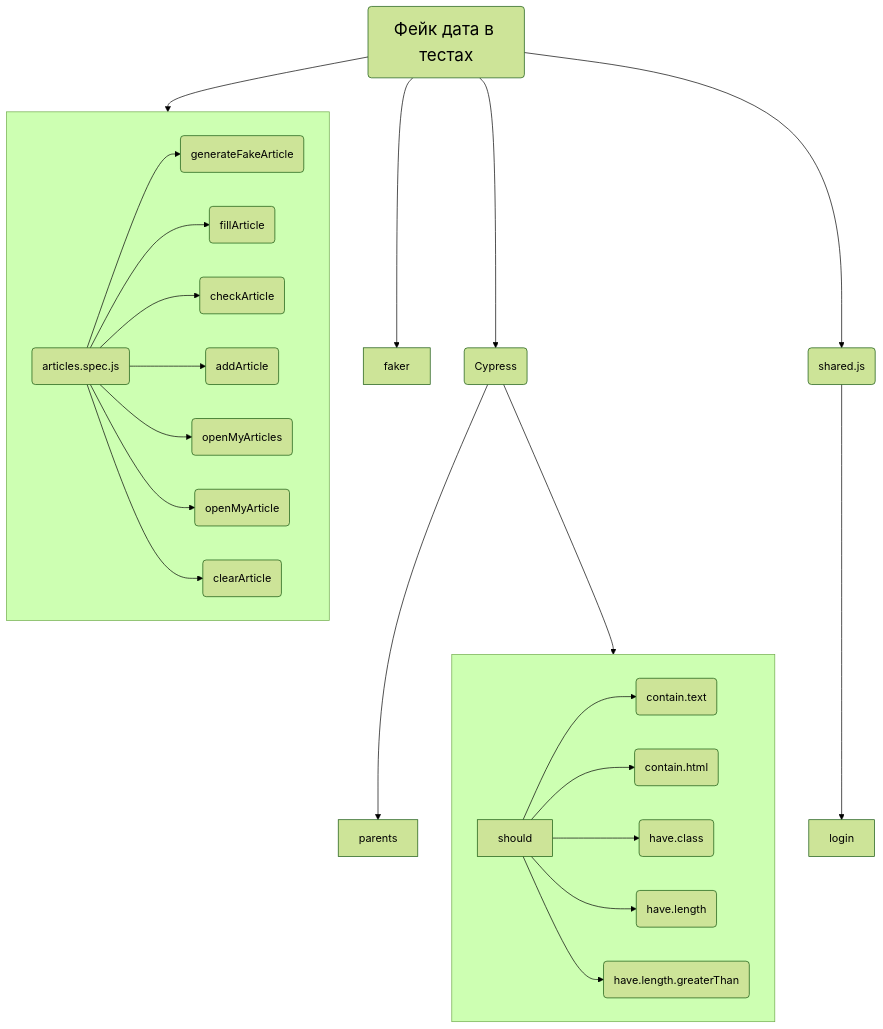
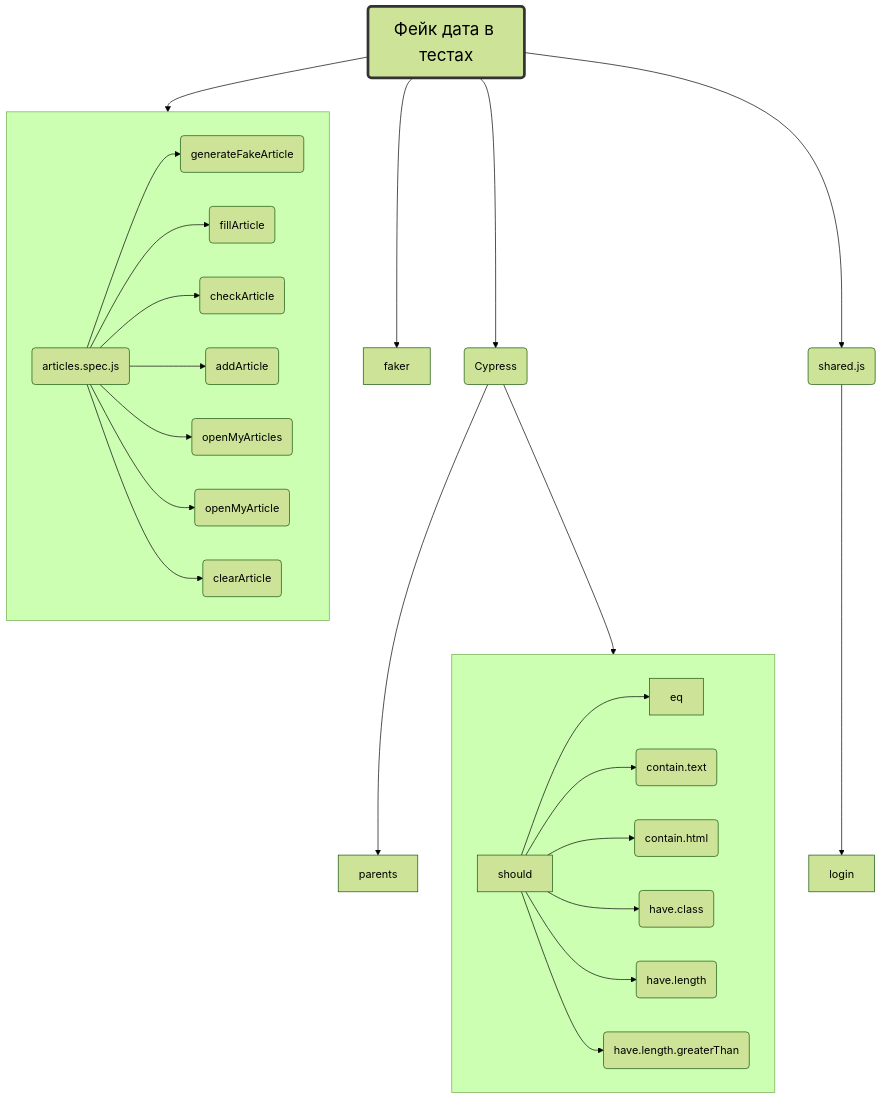
One commit to open-tutorials/cypress changed the fifth of 5 diagrams in README.md. Above: the diagram before and after it, drawn with Mermaid (forest theme).

Commit message:
Add links for syllabus

````diff
--- a/README.md
+++ b/README.md
@@ -192,36 +192,40 @@
 ```mermaid
 flowchart TB
 fake_data(<span style='font-size:25px'>Фейк дата в тестах</span>)
 fake_data --> faker
 
 fake_data --> cypress(Cypress)
 cypress --> g_should
 
 subgraph g_should [" "]
     direction LR
+    should --> eq
     should --> contain_text(contain.text)
     should --> contain_html(contain.html)
     should --> have_clazz(have.class)
     should --> have_length(have.length)
     should --> have_length_greater_than(have.length.greaterThan)
 end
 
 cypress --> parents
 
 fake_data --> shared_js(shared.js)
 shared_js --> login
 
 fake_data --> g_articles_spec_js
 
 subgraph g_articles_spec_js [" "]
     direction LR
     articles_spec_js(articles.spec.js)
     articles_spec_js --> generate_fake_article(generateFakeArticle)
     articles_spec_js --> fill_article(fillArticle)
     articles_spec_js --> check_article(checkArticle)
     articles_spec_js --> add_article(addArticle)
     articles_spec_js --> open_my_articles(openMyArticles)
     articles_spec_js --> open_my_article(openMyArticle)
     articles_spec_js --> clear_article(clearArticle)
 end
+
+style fake_data stroke:#333,stroke-width:4px
+click fake_data "https://md.epic1h.com/fake_data" _blank
 ```
````
